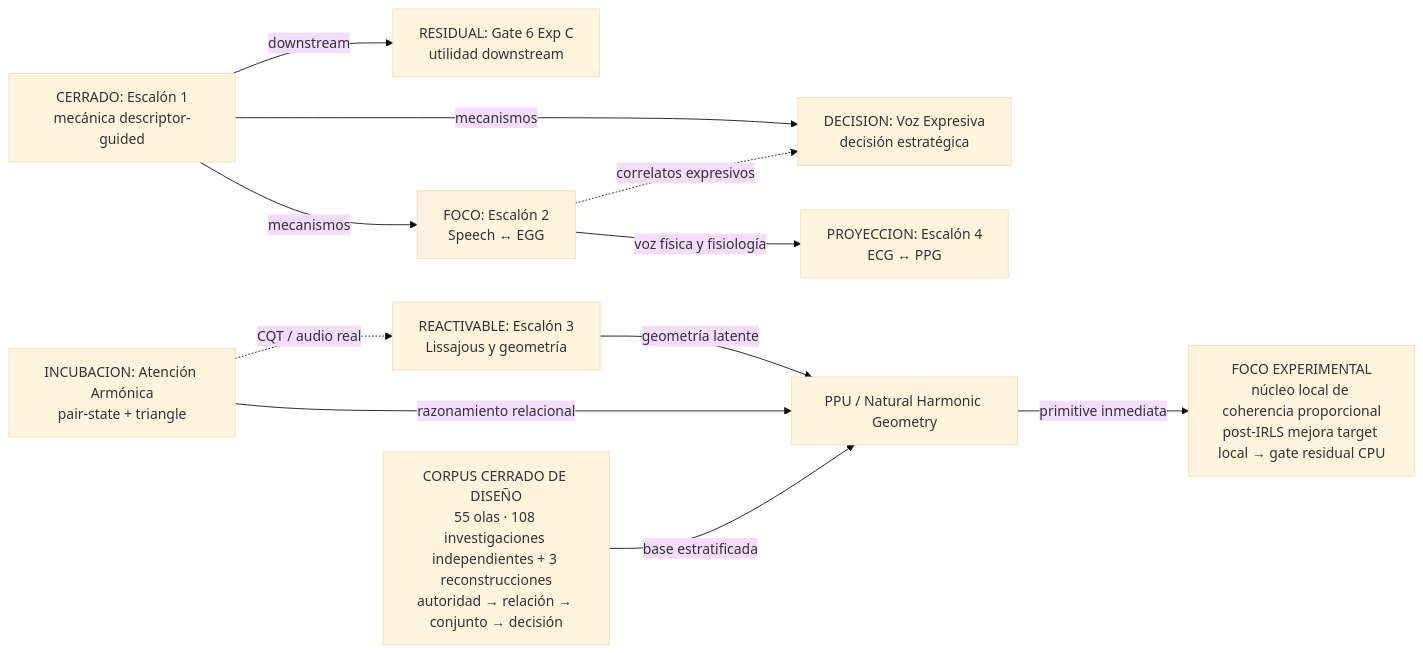
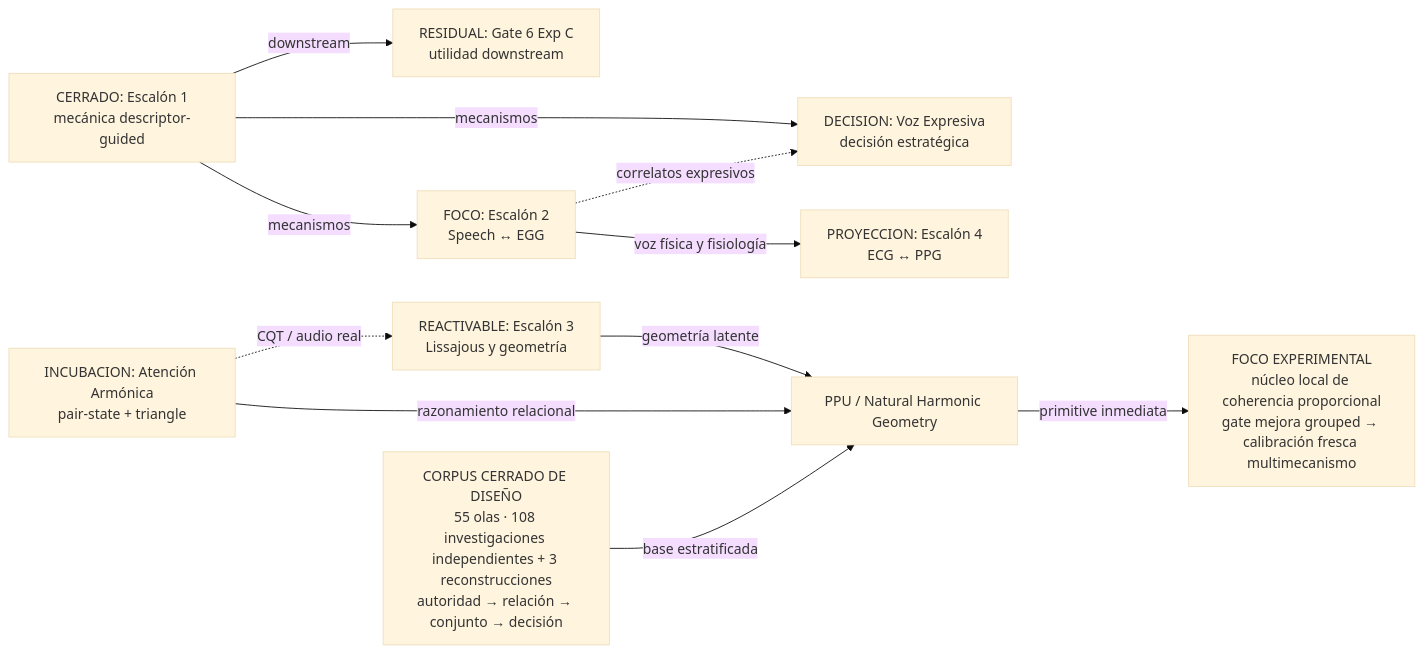
The first of 2 diagrams in Documents/05_WIKI/MAPA_VISUAL_DEL_PROGRAMA.md (Mar-IA-no/Phideus), drawn with Mermaid (base theme) before and after one commit. The commit also changed other lines of this file and 10 other files, not shown here.

Commit message:
docs: record CPU residual gate evidence

````diff
--- a/Documents/05_WIKI/MAPA_VISUAL_DEL_PROGRAMA.md
+++ b/Documents/05_WIKI/MAPA_VISUAL_DEL_PROGRAMA.md
@@ -42,24 +43,24 @@
 ```mermaid
 flowchart LR
     E1["CERRADO: Escalón 1<br/>mecánica descriptor-guided"]
     G6["RESIDUAL: Gate 6 Exp C<br/>utilidad downstream"]
     E2["FOCO: Escalón 2<br/>Speech ↔ EGG"]
     VE["DECISION: Voz Expresiva<br/>decisión estratégica"]
     E3["REACTIVABLE: Escalón 3<br/>Lissajous y geometría"]
     AA["INCUBACION: Atención Armónica<br/>pair-state + triangle"]
     E4["PROYECCION: Escalón 4<br/>ECG ↔ PPG"]
     PPU["PPU / Natural Harmonic Geometry"]
     GT["CORPUS CERRADO DE DISEÑO<br/>55 olas · 108 investigaciones independientes + 3 reconstrucciones<br/>autoridad → relación → conjunto → decisión"]
-    NCP["FOCO EXPERIMENTAL<br/>núcleo local de coherencia proporcional<br/>post-IRLS mejora target local → gate residual CPU"]
+    NCP["FOCO EXPERIMENTAL<br/>núcleo local de coherencia proporcional<br/>gate mejora grouped → calibración fresca multimecanismo"]
 
     E1 -->|mecanismos| E2
     E1 -->|mecanismos| VE
     E1 -->|downstream| G6
     E2 -->|voz física y fisiología| E4
     E2 -.->|correlatos expresivos| VE
     E3 -->|geometría latente| PPU
     AA -->|razonamiento relacional| PPU
     GT -->|base estratificada| PPU
     PPU -->|primitive inmediata| NCP
     AA -.->|CQT / audio real| E3
 ```
````
